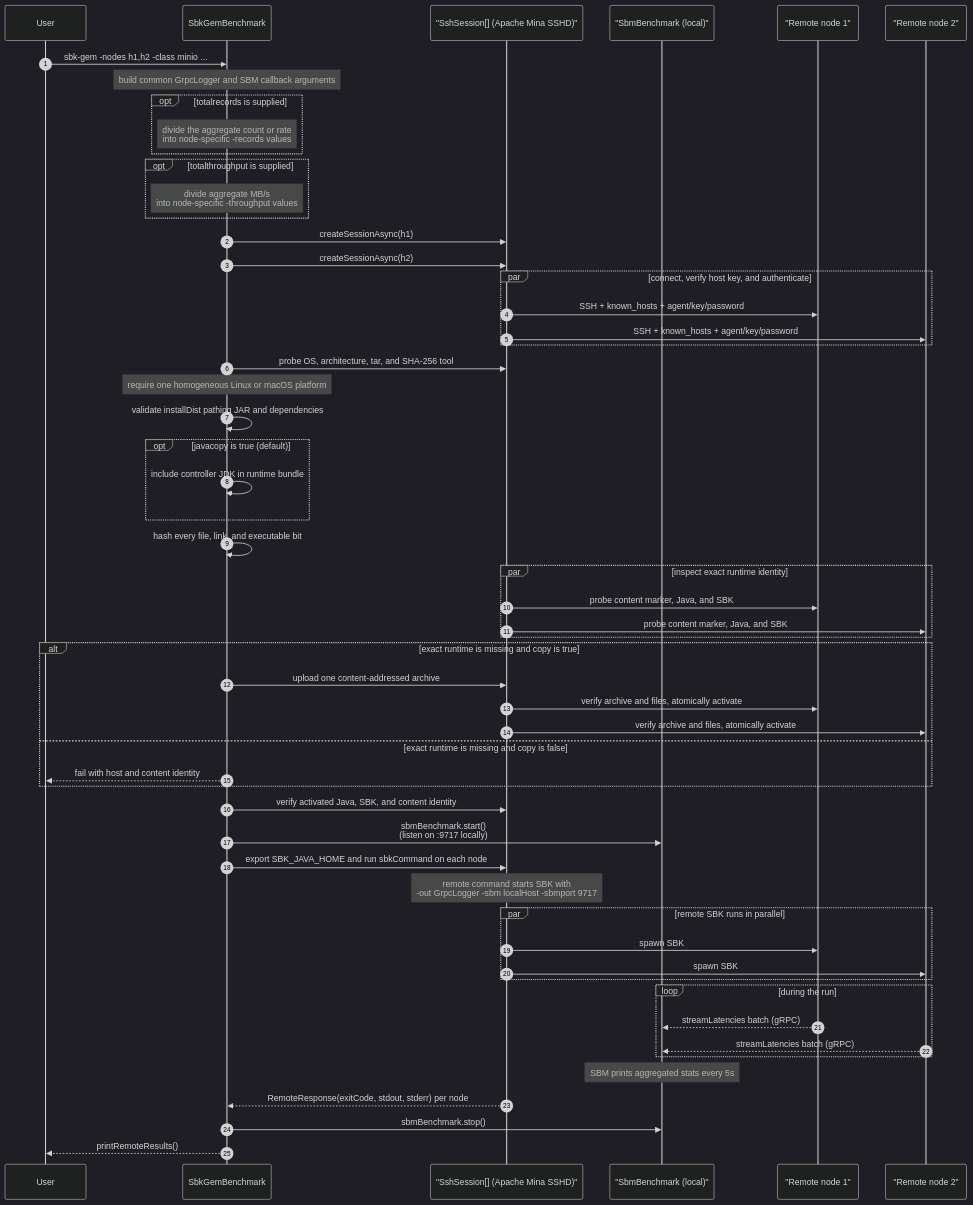
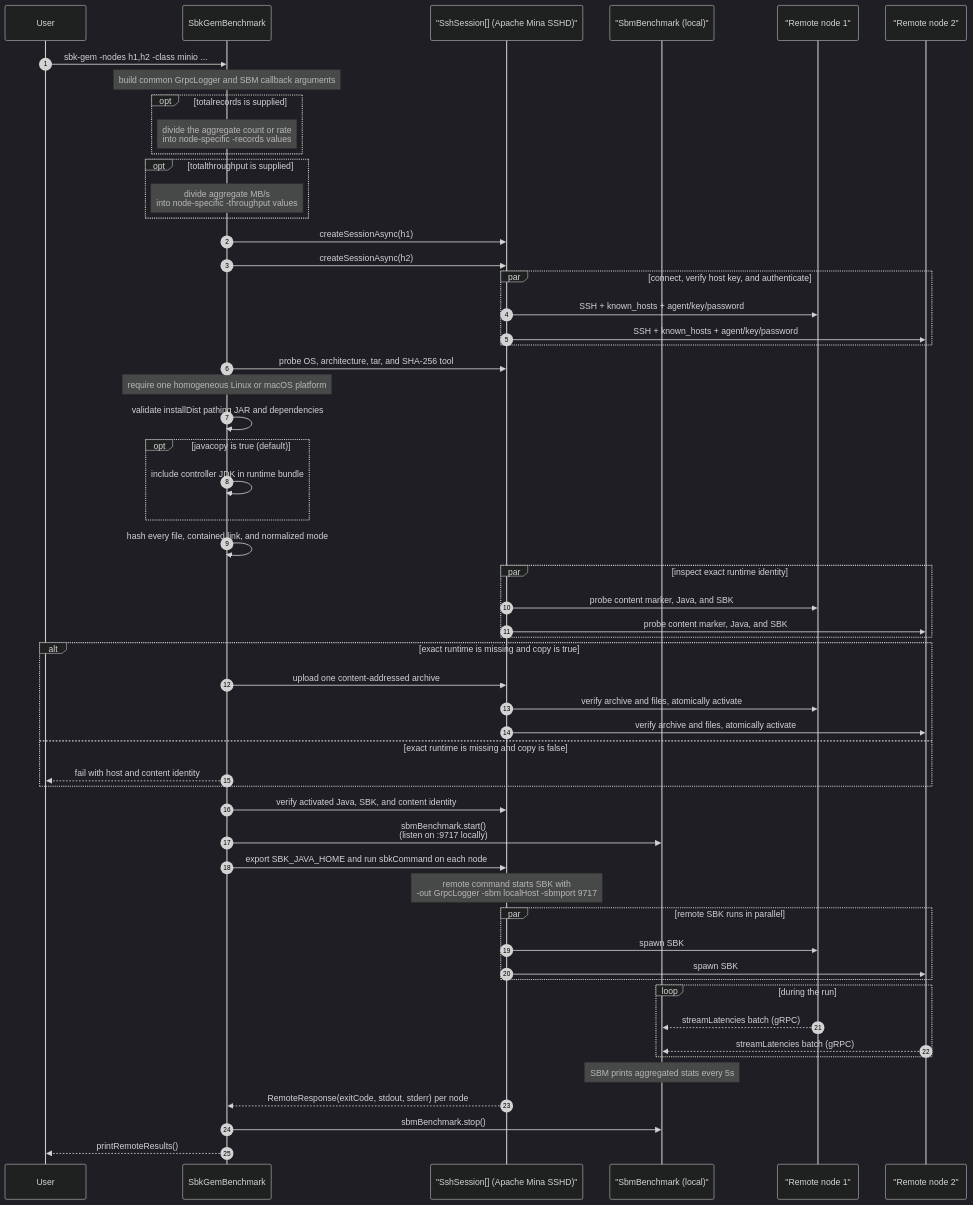
Before and after one commit to kmgowda/SBK: diagram 27 of 43 in docs/sbk-internals.md, drawn with Mermaid (dark theme). The commit also changed other lines of this file and 11 other files, not shown here.

````diff
--- a/docs/sbk-internals.md
+++ b/docs/sbk-internals.md
@@ -1901,65 +1901,65 @@
 ```mermaid
 sequenceDiagram
     autonumber
     participant User
     participant GEM as SbkGemBenchmark
     participant SSH as "SshSession[] (Apache Mina SSHD)"
     participant SBM as "SbmBenchmark (local)"
     participant N1 as "Remote node 1"
     participant N2 as "Remote node 2"
 
     User->>GEM: sbk-gem -nodes h1,h2 -class minio ...
     Note over GEM: build common GrpcLogger and SBM callback arguments
     opt totalrecords is supplied
         Note over GEM: divide the aggregate count or rate<br/>into node-specific -records values
     end
     opt totalthroughput is supplied
         Note over GEM: divide aggregate MB/s<br/>into node-specific -throughput values
     end
     GEM->>SSH: createSessionAsync(h1)
     GEM->>SSH: createSessionAsync(h2)
     par connect, verify host key, and authenticate
         SSH->>N1: SSH + known_hosts + agent/key/password
         SSH->>N2: SSH + known_hosts + agent/key/password
     end
 
     GEM->>SSH: probe OS, architecture, tar, and SHA-256 tool
     Note over GEM: require one homogeneous Linux or macOS platform
     GEM->>GEM: validate installDist pathing JAR and dependencies
     opt javacopy is true (default)
         GEM->>GEM: include controller JDK in runtime bundle
     end
-    GEM->>GEM: hash every file, link, and executable bit
+    GEM->>GEM: hash every file, contained link, and normalized mode
     par inspect exact runtime identity
         SSH->>N1: probe content marker, Java, and SBK
         SSH->>N2: probe content marker, Java, and SBK
     end
     alt exact runtime is missing and copy is true
         GEM->>SSH: upload one content-addressed archive
         SSH->>N1: verify archive and files, atomically activate
         SSH->>N2: verify archive and files, atomically activate
     else exact runtime is missing and copy is false
         GEM-->>User: fail with host and content identity
     end
     GEM->>SSH: verify activated Java, SBK, and content identity
 
     GEM->>SBM: sbmBenchmark.start()<br/>(listen on :9717 locally)
     GEM->>SSH: export SBK_JAVA_HOME and run sbkCommand on each node
     Note over SSH: remote command starts SBK with<br/>-out GrpcLogger -sbm localHost -sbmport 9717
 
     par remote SBK runs in parallel
         SSH->>N1: spawn SBK
         SSH->>N2: spawn SBK
     end
 
     loop during the run
         N1-->>SBM: streamLatencies batch (gRPC)
         N2-->>SBM: streamLatencies batch (gRPC)
     end
 
     Note over SBM: SBM prints aggregated stats every 5s
 
     SSH-->>GEM: RemoteResponse(exitCode, stdout, stderr) per node
     GEM->>SBM: sbmBenchmark.stop()
 GEM-->>User: printRemoteResults()
 ```
````
